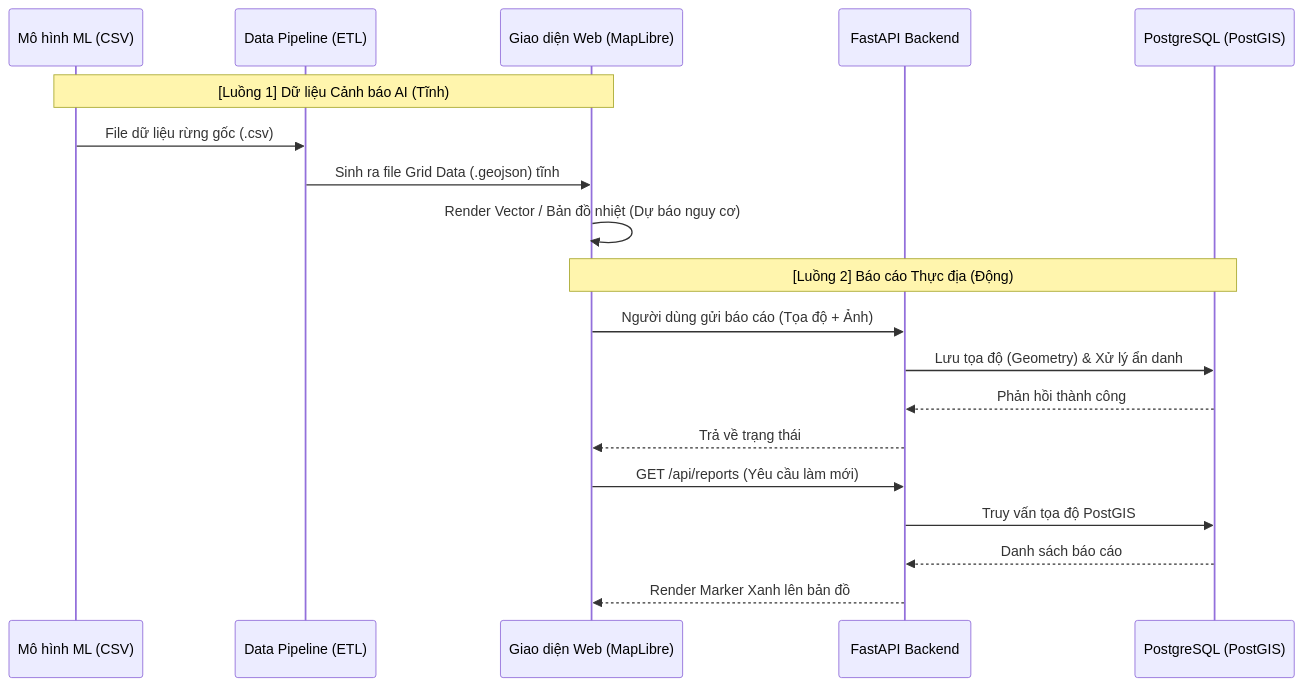
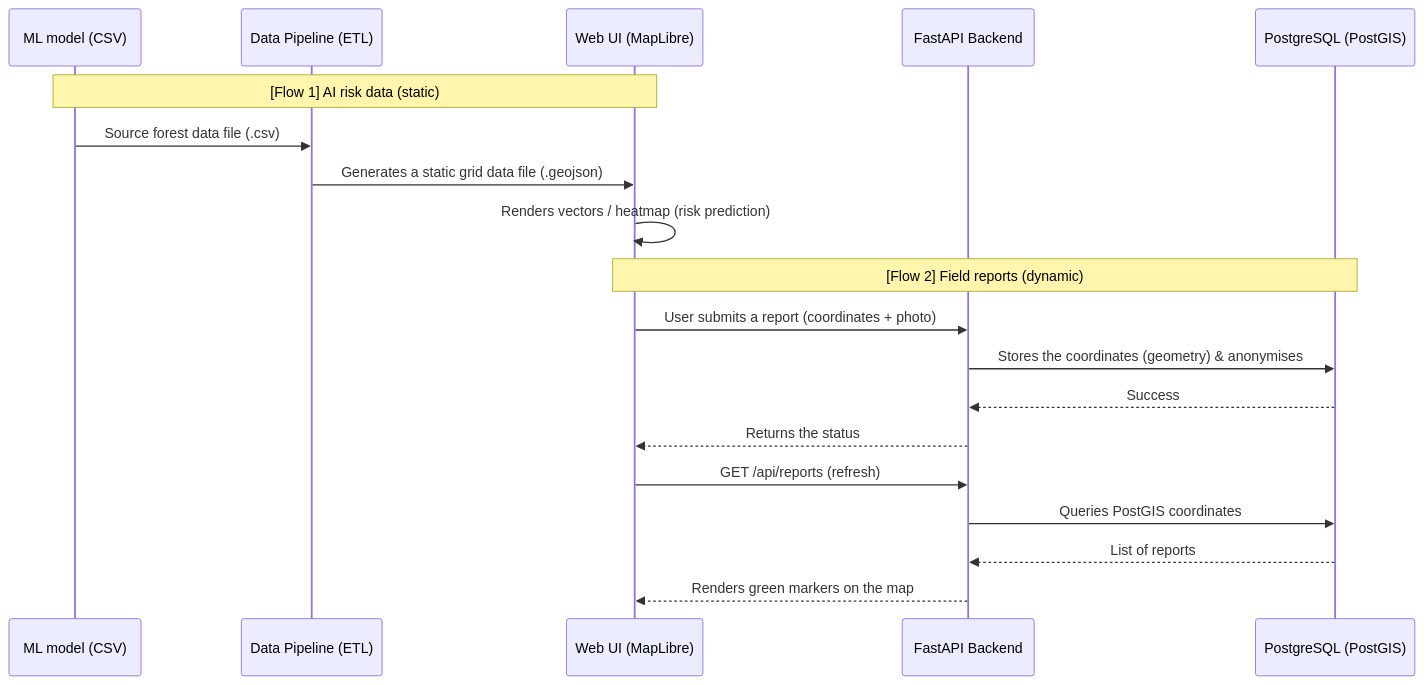
Before and after one commit to pdlong-09/vigil-green-gis: the diagram in docs/Data_Flow.md, drawn with Mermaid. The commit also changed other lines of this file, not shown here.

First line of the commit message:
Translate the data-flow document to English

````diff
--- a/docs/Data_Flow.md
+++ b/docs/Data_Flow.md
@@ -13,25 +13,25 @@
 ```mermaid
 sequenceDiagram
-    participant Model as Mô hình ML (CSV)
+    participant Model as ML model (CSV)
     participant Pipeline as Data Pipeline (ETL)
-    participant Map as Giao diện Web (MapLibre)
+    participant Map as Web UI (MapLibre)
     participant API as FastAPI Backend
     participant DB as PostgreSQL (PostGIS)
 
-    %% Luồng 1
-    Note over Model, Map: [Luồng 1] Dữ liệu Cảnh báo AI (Tĩnh)
-    Model->>Pipeline: File dữ liệu rừng gốc (.csv)
-    Pipeline->>Map: Sinh ra file Grid Data (.geojson) tĩnh
-    Map->>Map: Render Vector / Bản đồ nhiệt (Dự báo nguy cơ)
+    %% Flow 1
+    Note over Model, Map: [Flow 1] AI risk data (static)
+    Model->>Pipeline: Source forest data file (.csv)
+    Pipeline->>Map: Generates a static grid data file (.geojson)
+    Map->>Map: Renders vectors / heatmap (risk prediction)
 
-    %% Luồng 2
-    Note over Map, DB: [Luồng 2] Báo cáo Thực địa (Động)
-    Map->>API: Người dùng gửi báo cáo (Tọa độ + Ảnh)
-    API->>DB: Lưu tọa độ (Geometry) & Xử lý ẩn danh
-    DB-->>API: Phản hồi thành công
-    API-->>Map: Trả về trạng thái
-    Map->>API: GET /api/reports (Yêu cầu làm mới)
-    API->>DB: Truy vấn tọa độ PostGIS
-    DB-->>API: Danh sách báo cáo
-    API-->>Map: Render Marker Xanh lên bản đồ
+    %% Flow 2
+    Note over Map, DB: [Flow 2] Field reports (dynamic)
+    Map->>API: User submits a report (coordinates + photo)
+    API->>DB: Stores the coordinates (geometry) & anonymises
+    DB-->>API: Success
+    API-->>Map: Returns the status
+    Map->>API: GET /api/reports (refresh)
+    API->>DB: Queries PostGIS coordinates
+    DB-->>API: List of reports
+    API-->>Map: Renders green markers on the map
 ```
````
